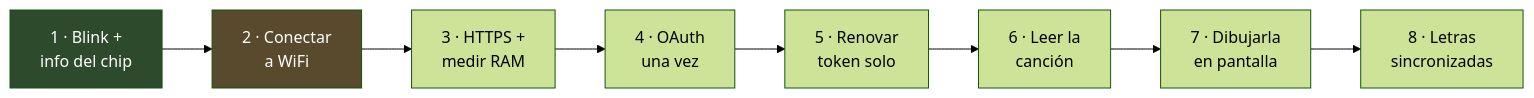
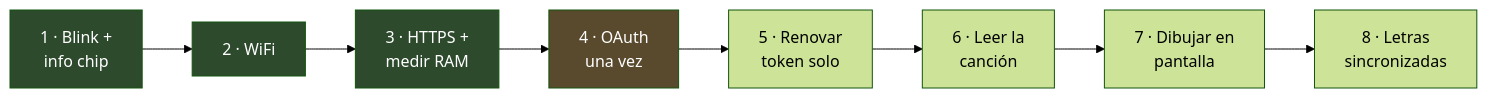
One commit to FReptar0/ESP32 changed the first of 2 diagrams in proyectos/tamagotchi/README.md. Above: the diagram before and after it, drawn with Mermaid (forest theme). The commit also changed other lines of this file and 7 other files, not shown here.

````diff
--- a/proyectos/tamagotchi/README.md
+++ b/proyectos/tamagotchi/README.md
@@ -18,13 +18,15 @@
 ```mermaid
 graph LR
-    A["1 · Blink +<br/>info del chip"] --> B["2 · Conectar<br/>a WiFi"]
+    A["1 · Blink +<br/>info chip"] --> B["2 · WiFi"]
     B --> C["3 · HTTPS +<br/>medir RAM"]
     C --> D["4 · OAuth<br/>una vez"]
     D --> E["5 · Renovar<br/>token solo"]
     E --> F["6 · Leer la<br/>canción"]
-    F --> G["7 · Dibujarla<br/>en pantalla"]
+    F --> G["7 · Dibujar en<br/>pantalla"]
     G --> H["8 · Letras<br/>sincronizadas"]
 
     style A fill:#2d4a2d,color:#fff
-    style B fill:#5a4a2d,color:#fff
+    style B fill:#2d4a2d,color:#fff
+    style C fill:#2d4a2d,color:#fff
+    style D fill:#5a4a2d,color:#fff
 ```
````
